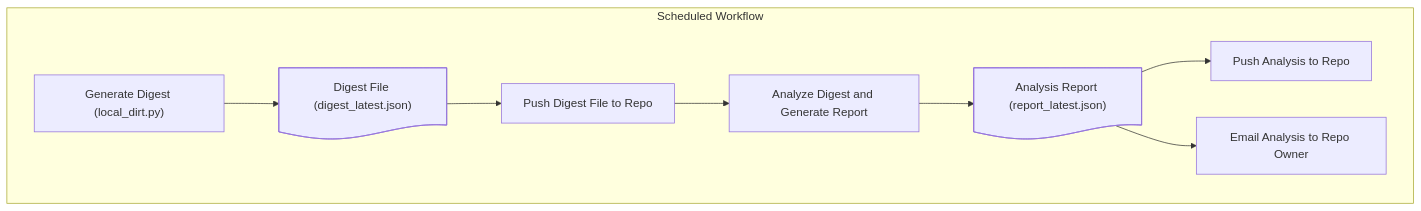
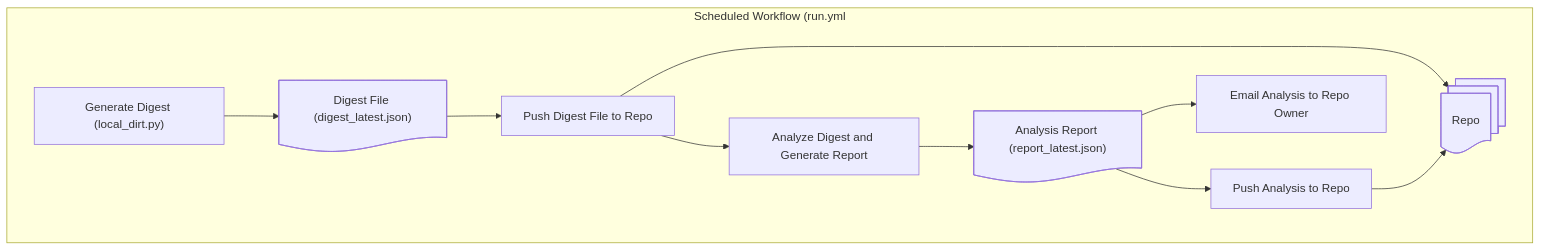
One commit to hoosierjay/local-dirt changed the diagram in README.md. Above: the diagram before and after it, drawn with Mermaid.

Commit message:
Update workflow diagram in README.md

````diff
--- a/README.md
+++ b/README.md
@@ -30,18 +30,21 @@
 ```mermaid
 flowchart TD
-  subgraph Scheduled Workflow
+  subgraph "Scheduled Workflow (run.yml"
     Step4.1@{ shape: rect, label: "Generate Digest (local_dirt.py)" }
     Step4.2@{ shape: doc, label: "Digest File (digest_latest.json)" }
     Step5.1@{ shape: rect, label: "Push Digest File to Repo" }
     Step6.1@{ shape: rect, label: "Analyze Digest and Generate Report" }
     Step6.2@{ shape: doc, label: "Analysis Report (report_latest.json)" }
     Step7.1@{ shape: rect, label: "Push Analysis to Repo" }
     Step8.1@{ shape: rect, label: "Email Analysis to Repo Owner" }
+    Step9.0@{ shape: docs, label: "Repo" }
   end
   Step4.1 --> Step4.2
   Step4.2 --> Step5.1
   Step5.1 --> Step6.1
   Step6.1 --> Step6.2
   Step6.2 --> Step7.1
   Step6.2 --> Step8.1
+  Step5.1 --> Step9.0
+  Step7.1 --> Step9.0
 ```
````
